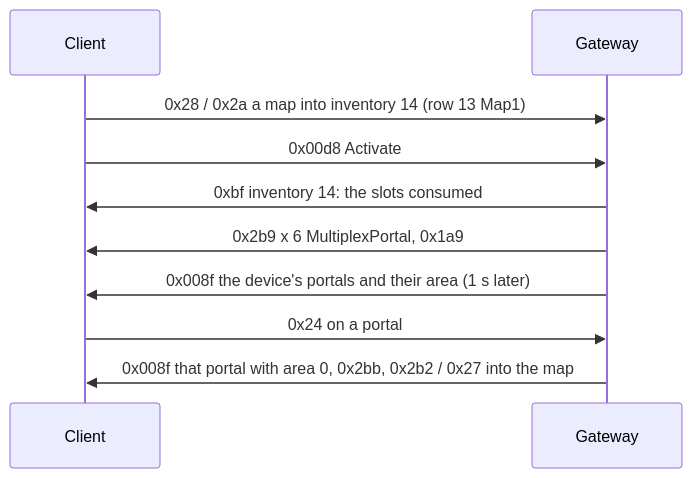
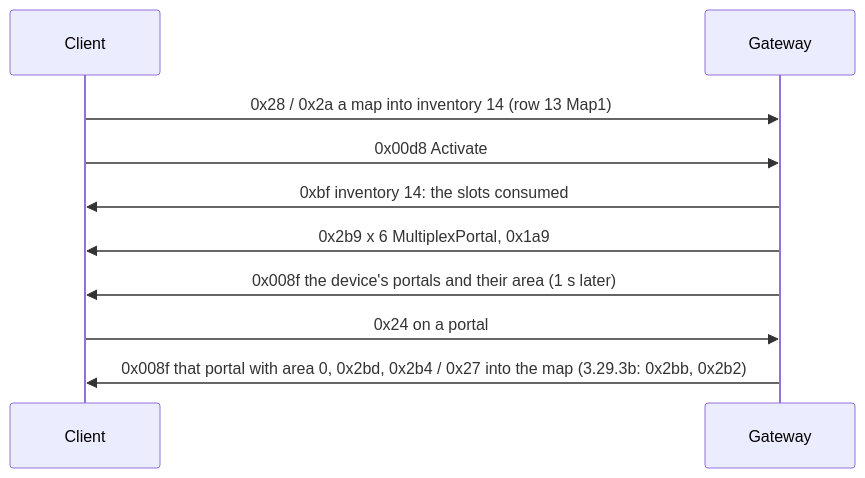
Before and after one commit to LocalExile/LocalExile: the second of 2 diagrams in Agents/docs/protocol/21-hideouts.md, drawn with Mermaid. The commit also changed other lines of this file and 11 other files, not shown here.

````diff
--- a/Agents/docs/protocol/21-hideouts.md
+++ b/Agents/docs/protocol/21-hideouts.md
@@ -174,12 +187,12 @@
 ```mermaid
 sequenceDiagram
     participant C as Client
     participant G as Gateway
     C->>G: 0x28 / 0x2a a map into inventory 14 (row 13 Map1)
     C->>G: 0x00d8 Activate
     G->>C: 0xbf inventory 14: the slots consumed
     G->>C: 0x2b9 x 6 MultiplexPortal, 0x1a9
     G->>C: 0x008f the device's portals and their area (1 s later)
     C->>G: 0x24 on a portal
-    G->>C: 0x008f that portal with area 0, 0x2bb, 0x2b2 / 0x27 into the map
+    G->>C: 0x008f that portal with area 0, 0x2bd, 0x2b4 / 0x27 into the map (3.29.3b: 0x2bb, 0x2b2)
 ```
````
